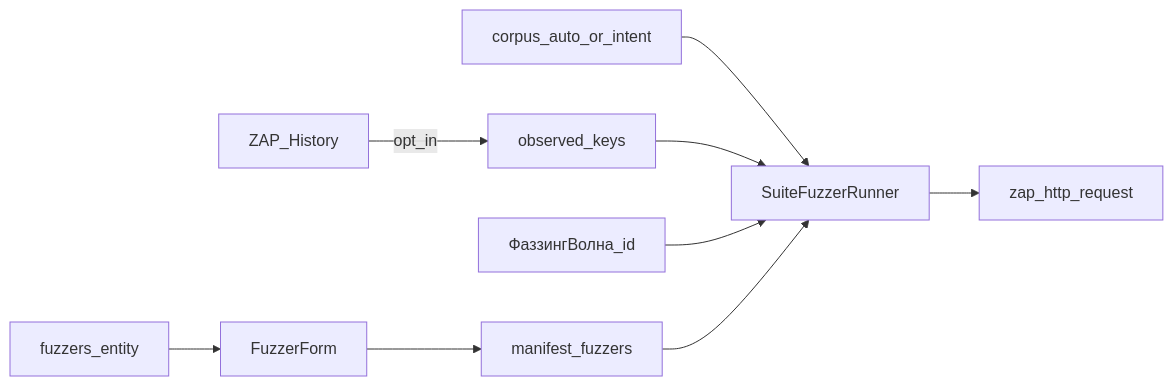
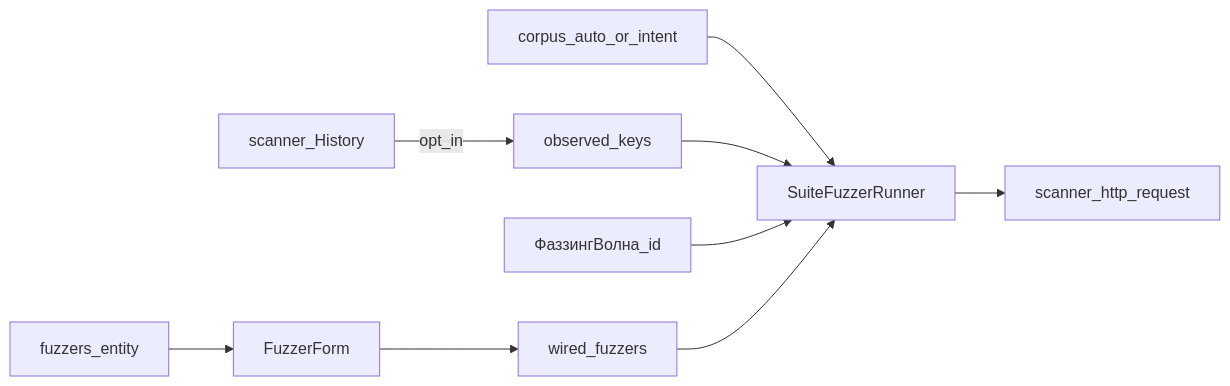
One commit to prettyk-io/prettyk-secops changed the diagram in sanctuary/pure/dast-wave.md. Above: the diagram before and after it, drawn with Mermaid. The commit also changed other lines of this file and 638 other files, not shown here.

````diff
--- a/sanctuary/pure/dast-wave.md
+++ b/sanctuary/pure/dast-wave.md
@@ -11,11 +11,11 @@
 ```mermaid
 flowchart LR
   Ent[fuzzers_entity] --> Form[FuzzerForm]
-  Form --> SoT[manifest_fuzzers]
+  Form --> SoT[wired_fuzzers]
   Pack[corpus_auto_or_intent] --> Runner[SuiteFuzzerRunner]
-  Hist[ZAP_History] -->|opt_in| Obs[observed_keys]
+  Hist[scanner_History] -->|opt_in| Obs[observed_keys]
   Obs --> Runner
   PK[ФаззингВолна_id] --> Runner
   SoT --> Runner
-  Runner --> ZapHttp[zap_http_request]
+  Runner --> scannerHttp[scanner_http_request]
 ```
````
